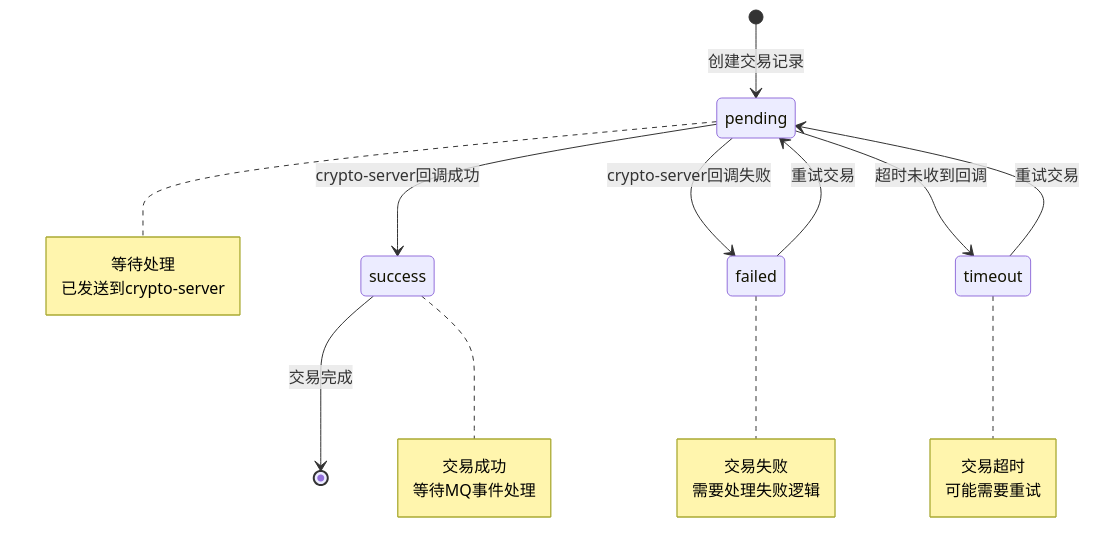
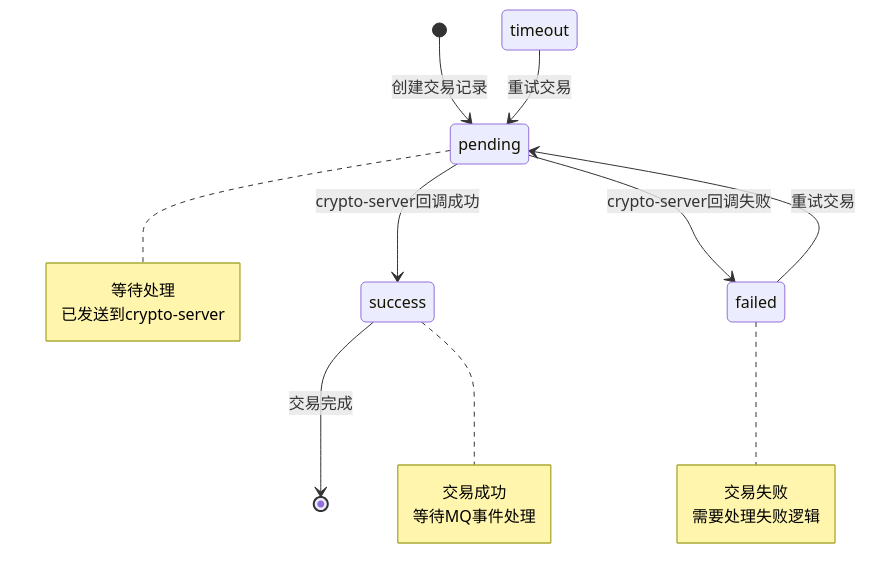
The diagram in all/未命名-77.md (yingjianzh/iodraw-files), drawn with Mermaid before and after one commit.

Commit message:
2025-07-08 11:22:43 update

````diff
--- a/all/未命名-77.md
+++ b/all/未命名-77.md
@@ -1,32 +1,28 @@
 ```mermaid
 stateDiagram-v2
     [*] --> pending: 创建交易记录
     pending --> success: crypto-server回调成功
     pending --> failed: crypto-server回调失败
-    pending --> timeout: 超时未收到回调
     
     failed --> pending: 重试交易
     timeout --> pending: 重试交易
     
     success --> [*]: 交易完成
     
     note right of pending
         等待处理
         已发送到crypto-server
     end note
     
     note right of success
         交易成功
         等待MQ事件处理
     end note
     
     note right of failed
         交易失败
         需要处理失败逻辑
     end note
     
-    note right of timeout
-        交易超时
-        可能需要重试
-    end note
+   
 ```
````
